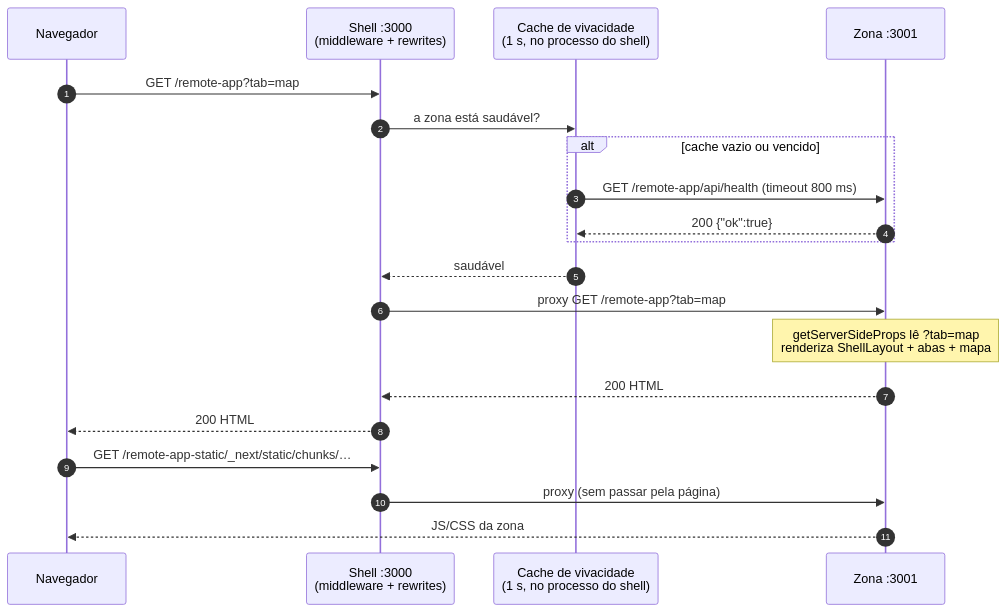
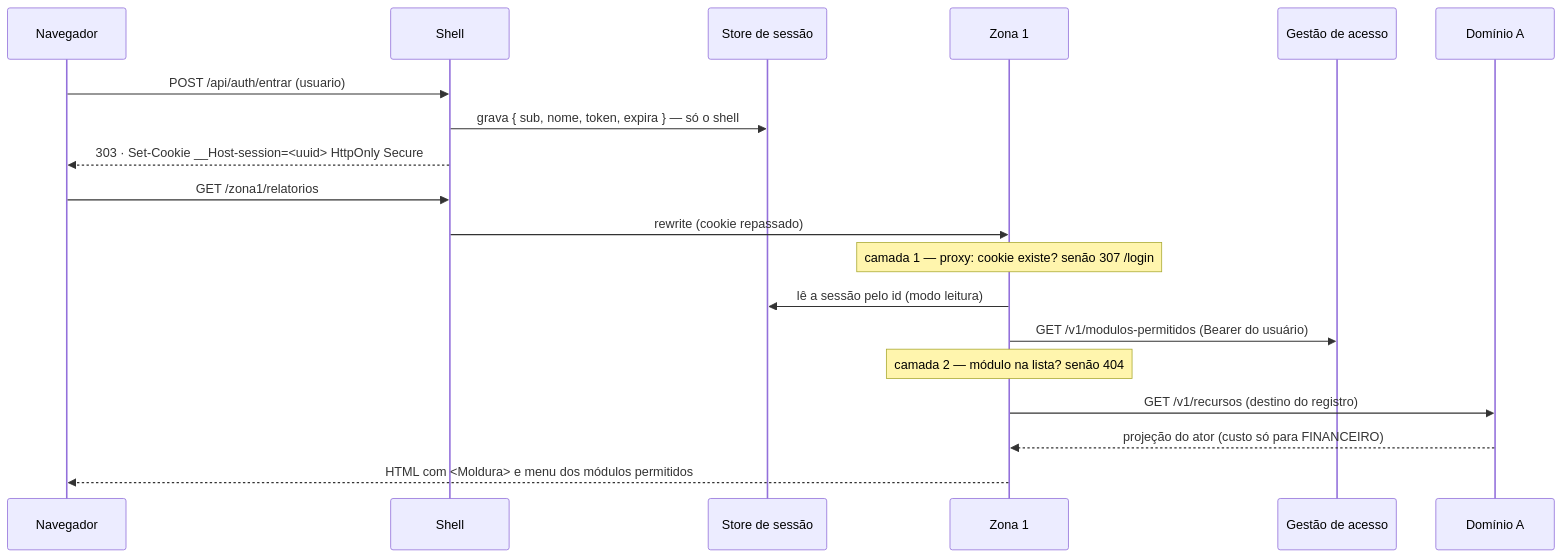
One commit to ArtroxGabriel/nextjs-mfe changed the second of 4 diagrams in docs/arquitetura/atual.md. Above: the diagram before and after it, drawn with Mermaid. The commit also changed other lines of this file and 26 other files, not shown here.

````diff
--- a/docs/arquitetura/atual.md
+++ b/docs/arquitetura/atual.md
@@ -57,23 +61,22 @@
 ```mermaid
 sequenceDiagram
-    autonumber
     participant N as Navegador
-    participant S as Shell :3000<br/>(middleware + rewrites)
-    participant C as Cache de vivacidade<br/>(1 s, no processo do shell)
-    participant Z as Zona :3001
+    participant S as Shell
+    participant ST as Store de sessão
+    participant Z as Zona 1
+    participant GA as Gestão de acesso
+    participant A as Domínio A
 
-    N->>S: GET /remote-app?tab=map
-    S->>C: a zona está saudável?
-    alt cache vazio ou vencido
-        C->>Z: GET /remote-app/api/health (timeout 800 ms)
-        Z-->>C: 200 {"ok":true}
-    end
-    C-->>S: saudável
-    S->>Z: proxy GET /remote-app?tab=map
-    Note over Z: getServerSideProps lê ?tab=map<br/>renderiza ShellLayout + abas + mapa
-    Z-->>S: 200 HTML
-    S-->>N: 200 HTML
-    N->>S: GET /remote-app-static/_next/static/chunks/…
-    S->>Z: proxy (sem passar pela página)
-    Z-->>N: JS/CSS da zona
+    N->>S: POST /api/auth/entrar (usuario)
+    S->>ST: grava { sub, nome, token, expira } — só o shell
+    S-->>N: 303 · Set-Cookie __Host-session=<uuid> HttpOnly Secure
+    N->>S: GET /zona1/relatorios
+    S->>Z: rewrite (cookie repassado)
+    Note over Z: camada 1 — proxy: cookie existe? senão 307 /login
+    Z->>ST: lê a sessão pelo id (modo leitura)
+    Z->>GA: GET /v1/modulos-permitidos (Bearer do usuário)
+    Note over Z: camada 2 — módulo na lista? senão 404
+    Z->>A: GET /v1/recursos (destino do registro)
+    A-->>Z: projeção do ator (custo só para FINANCEIRO)
+    Z-->>N: HTML com <Moldura> e menu dos módulos permitidos
 ```
````
